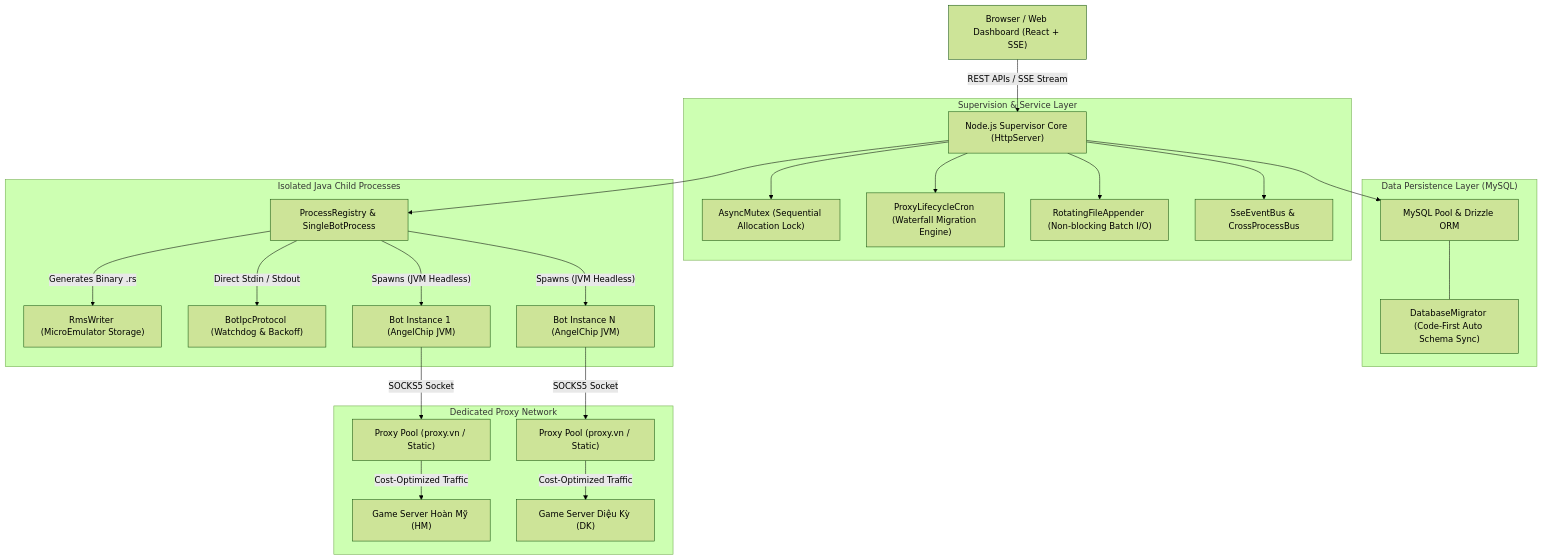
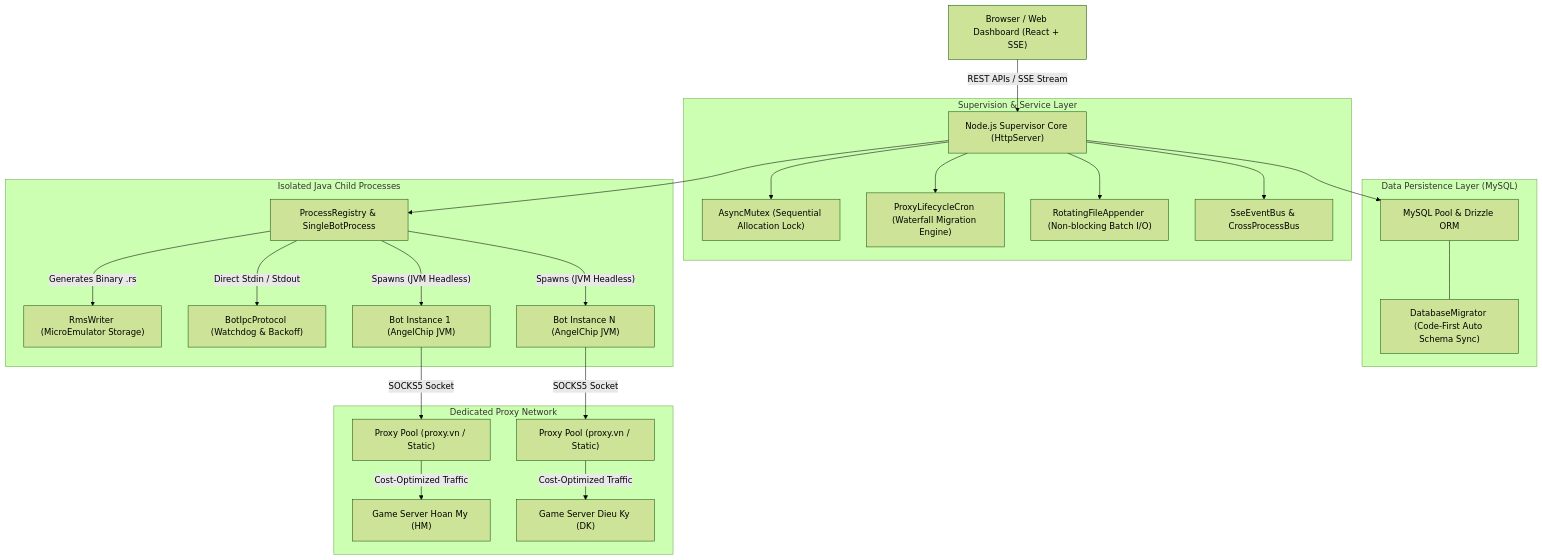
Before and after one commit to hoangfhisp/auto-server-manager-avatar2d-angleChip: the third of 3 diagrams in README.md, drawn with Mermaid (forest theme). The commit also changed other lines of this file, not shown here.

````diff
--- a/README.md
+++ b/README.md
@@ -164,31 +164,31 @@
 ```mermaid
 graph TD
     Client["Browser / Web Dashboard (React + SSE)"] -->|"REST APIs / SSE Stream"| NodeServer["Node.js Supervisor Core (HttpServer)"]
     
     subgraph CoreSupervisor ["Supervision & Service Layer"]
         NodeServer --> Mutex["AsyncMutex (Sequential Allocation Lock)"]
         NodeServer --> Cron["ProxyLifecycleCron (Waterfall Migration Engine)"]
         NodeServer --> LogAppender["RotatingFileAppender (Non-blocking Batch I/O)"]
         NodeServer --> Bus["SseEventBus & CrossProcessBus"]
     end
     
     subgraph DataLayer ["Data Persistence Layer (MySQL)"]
         NodeServer --> DB["MySQL Pool & Drizzle ORM"]
         DB --- Migrator["DatabaseMigrator (Code-First Auto Schema Sync)"]
     end
     
     subgraph BotExecutionLayer ["Isolated Java Child Processes"]
         NodeServer --> ProcMgr["ProcessRegistry & SingleBotProcess"]
         ProcMgr -->|"Generates Binary .rs"| RMS["RmsWriter (MicroEmulator Storage)"]
         ProcMgr -->|"Direct Stdin / Stdout"| IPC["BotIpcProtocol (Watchdog & Backoff)"]
         ProcMgr -->|"Spawns (JVM Headless)"| JavaBot1["Bot Instance 1 (AngelChip JVM)"]
         ProcMgr -->|"Spawns (JVM Headless)"| JavaBotN["Bot Instance N (AngelChip JVM)"]
     end
     
     subgraph NetworkRouting ["Dedicated Proxy Network"]
         JavaBot1 -->|"SOCKS5 Socket"| Proxy1["Proxy Pool (proxy.vn / Static)"]
         JavaBotN -->|"SOCKS5 Socket"| ProxyN["Proxy Pool (proxy.vn / Static)"]
-        Proxy1 -->|"Cost-Optimized Traffic"| ServerHM["Game Server Hoàn Mỹ (HM)"]
-        ProxyN -->|"Cost-Optimized Traffic"| ServerDK["Game Server Diệu Kỳ (DK)"]
+        Proxy1 -->|"Cost-Optimized Traffic"| ServerHM["Game Server Hoan My (HM)"]
+        ProxyN -->|"Cost-Optimized Traffic"| ServerDK["Game Server Dieu Ky (DK)"]
     end
 ```
````
